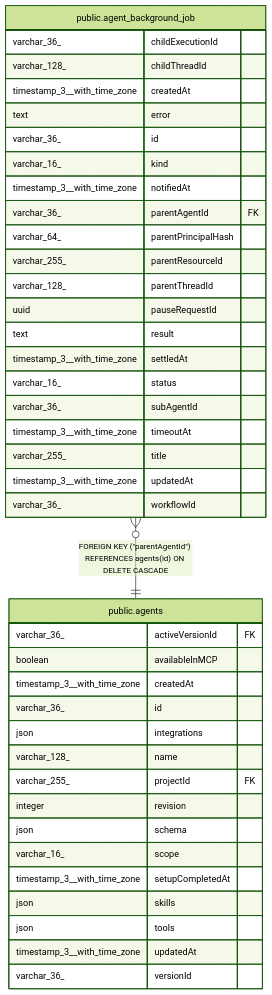
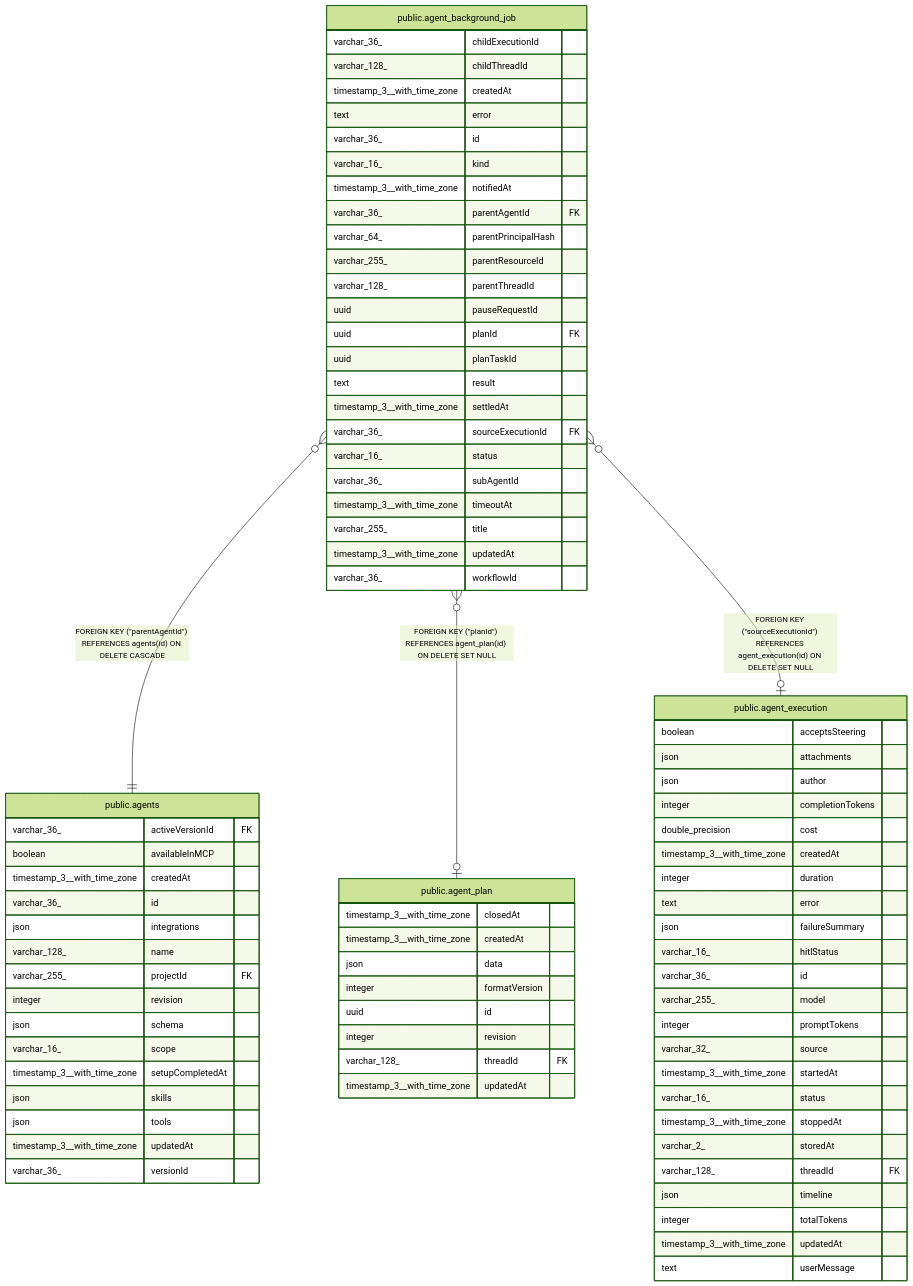
Before and after one commit to ATAC-tounde/n8n-private: the diagram in docs/generated/postgres-schema/public.agent_background_job.md, drawn with Mermaid (forest theme). The commit also changed other lines of this file and 34 other files, not shown here.

Commit message:
feat(core): Add persistence for Agent plan stops and job ownership (no-changelog)

````diff
--- a/docs/generated/postgres-schema/public.agent_background_job.md
+++ b/docs/generated/postgres-schema/public.agent_background_job.md
@@ -62,6 +69,8 @@
 erDiagram
 
 "public.agent_background_job" }o--|| "public.agents" : "FOREIGN KEY (#quot;parentAgentId#quot;) REFERENCES agents(id) ON DELETE CASCADE"
+"public.agent_background_job" }o--o| "public.agent_plan" : "FOREIGN KEY (#quot;planId#quot;) REFERENCES agent_plan(id) ON DELETE SET NULL"
+"public.agent_background_job" }o--o| "public.agent_execution" : "FOREIGN KEY (#quot;sourceExecutionId#quot;) REFERENCES agent_execution(id) ON DELETE SET NULL"
 
 "public.agent_background_job" {
   varchar_36_ childExecutionId
@@ -76,8 +85,11 @@
   varchar_255_ parentResourceId
   varchar_128_ parentThreadId
   uuid pauseRequestId
+  uuid planId FK
+  uuid planTaskId
   text result
   timestamp_3__with_time_zone settledAt
+  varchar_36_ sourceExecutionId FK
   varchar_16_ status
   varchar_36_ subAgentId
   timestamp_3__with_time_zone timeoutAt
@@ -102,4 +114,39 @@
   timestamp_3__with_time_zone updatedAt
   varchar_36_ versionId
 }
+"public.agent_plan" {
+  timestamp_3__with_time_zone closedAt
+  timestamp_3__with_time_zone createdAt
+  json data
+  integer formatVersion
+  uuid id
+  integer revision
+  varchar_128_ threadId FK
+  timestamp_3__with_time_zone updatedAt
+}
+"public.agent_execution" {
+  boolean acceptsSteering
+  json attachments
+  json author
+  integer completionTokens
+  double_precision cost
+  timestamp_3__with_time_zone createdAt
+  integer duration
+  text error
+  json failureSummary
+  varchar_16_ hitlStatus
+  varchar_36_ id
+  varchar_255_ model
+  integer promptTokens
+  varchar_32_ source
+  timestamp_3__with_time_zone startedAt
+  varchar_16_ status
+  timestamp_3__with_time_zone stoppedAt
+  varchar_2_ storedAt
+  varchar_128_ threadId FK
+  json timeline
+  integer totalTokens
+  timestamp_3__with_time_zone updatedAt
+  text userMessage
+}
 ```
````
